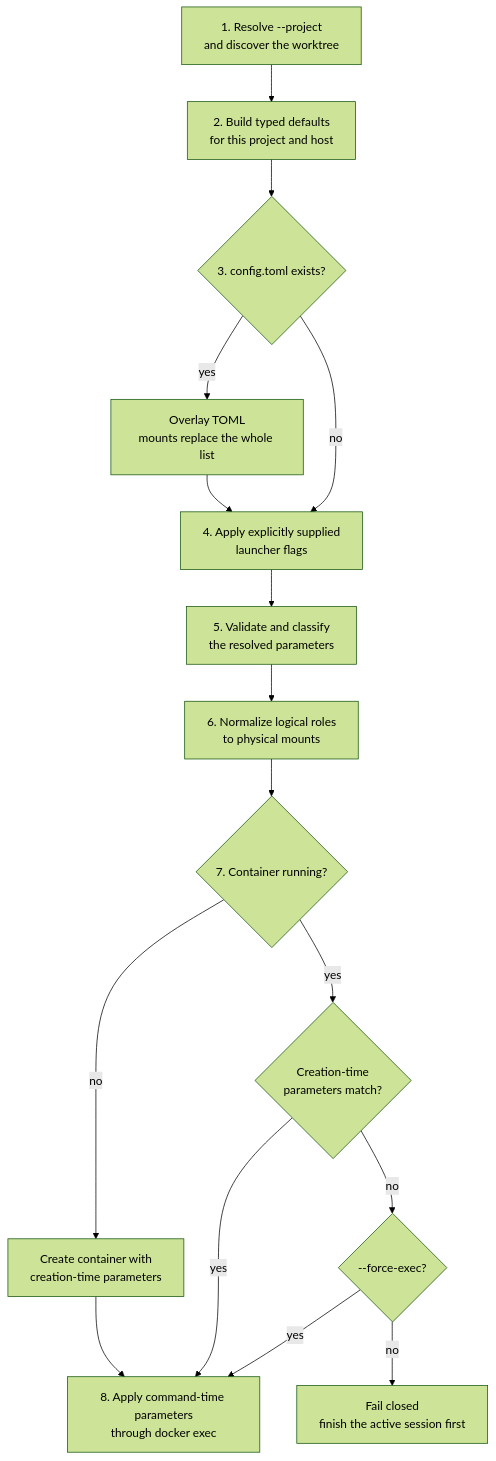
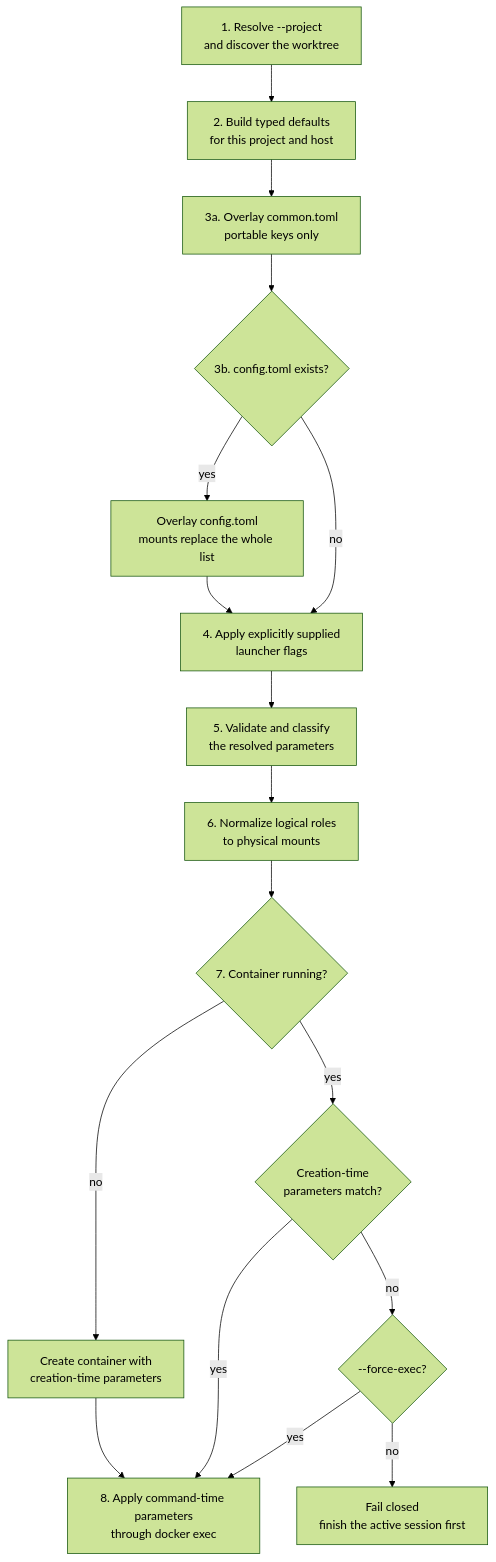
Before and after one commit to vkuptcov/agents-safe-environment: the diagram in docs/design-docs/project-launcher-configuration.md, drawn with Mermaid (forest theme). The commit also changed other lines of this file and 16 other files, not shown here.

````diff
--- a/docs/design-docs/project-launcher-configuration.md
+++ b/docs/design-docs/project-launcher-configuration.md
@@ -55,27 +59,28 @@
 ```mermaid
 flowchart TD
     Project["1. Resolve --project<br/>and discover the worktree"]
     Defaults["2. Build typed defaults<br/>for this project and host"]
-    File{"3. config.toml exists?"}
-    Overlay["Overlay TOML<br/>mounts replace the whole list"]
+    Common["3a. Overlay common.toml<br/>portable keys only"]
+    File{"3b. config.toml exists?"}
+    Overlay["Overlay config.toml<br/>mounts replace the whole list"]
     Flags["4. Apply explicitly supplied<br/>launcher flags"]
     Validate["5. Validate and classify<br/>the resolved parameters"]
     Normalize["6. Normalize logical roles<br/>to physical mounts"]
     Running{"7. Container running?"}
     Compatible{"Creation-time<br/>parameters match?"}
     Force{"--force-exec?"}
     Reject["Fail closed<br/>finish the active session first"]
     Create["Create container with<br/>creation-time parameters"]
     Command["8. Apply command-time parameters<br/>through docker exec"]
 
-    Project --> Defaults --> File
+    Project --> Defaults --> Common --> File
     File -->|yes| Overlay --> Flags
     File -->|no| Flags
     Flags --> Validate --> Normalize --> Running
     Running -->|no| Create --> Command
     Running -->|yes| Compatible
     Compatible -->|yes| Command
     Compatible -->|no| Force
     Force -->|yes| Command
     Force -->|no| Reject
 ```
````
